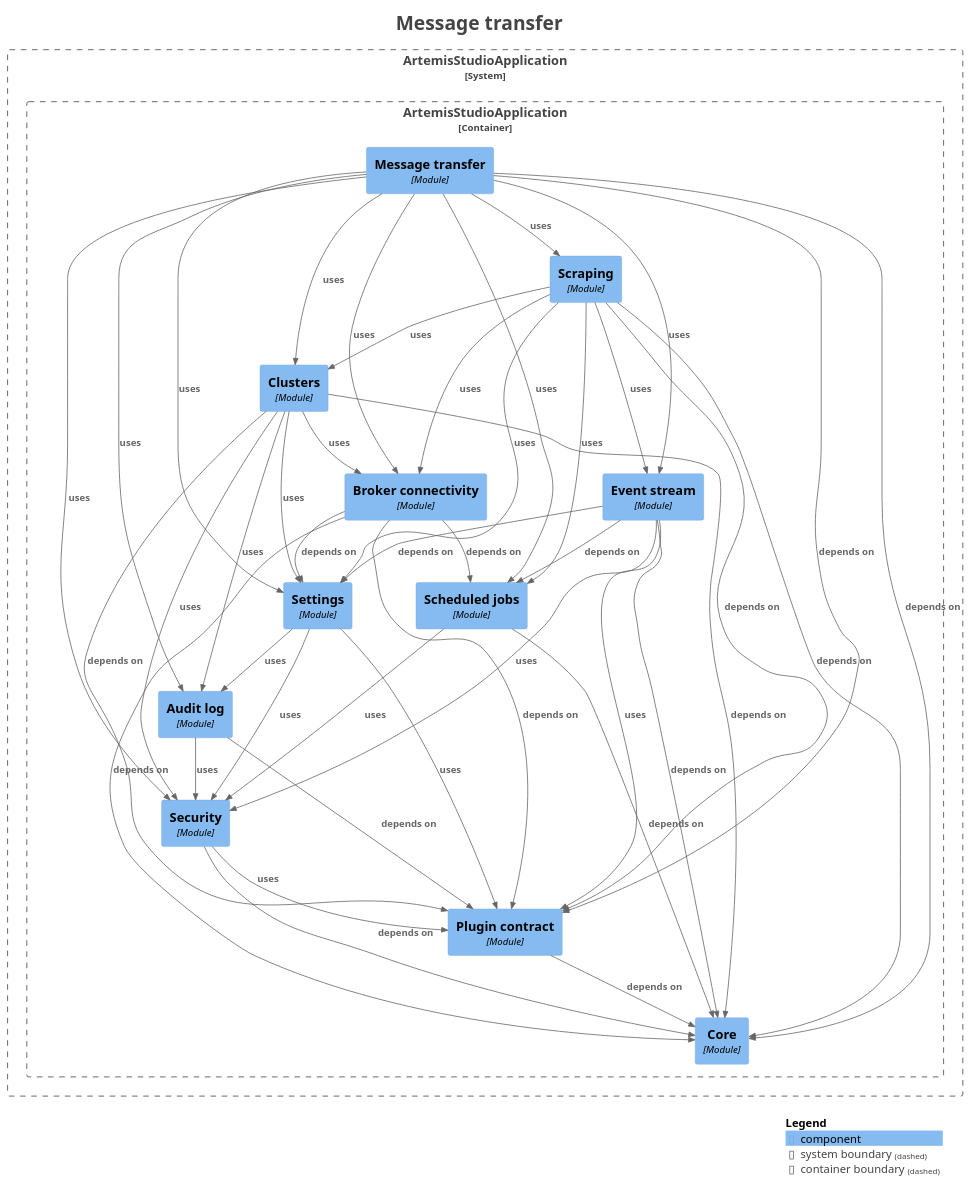
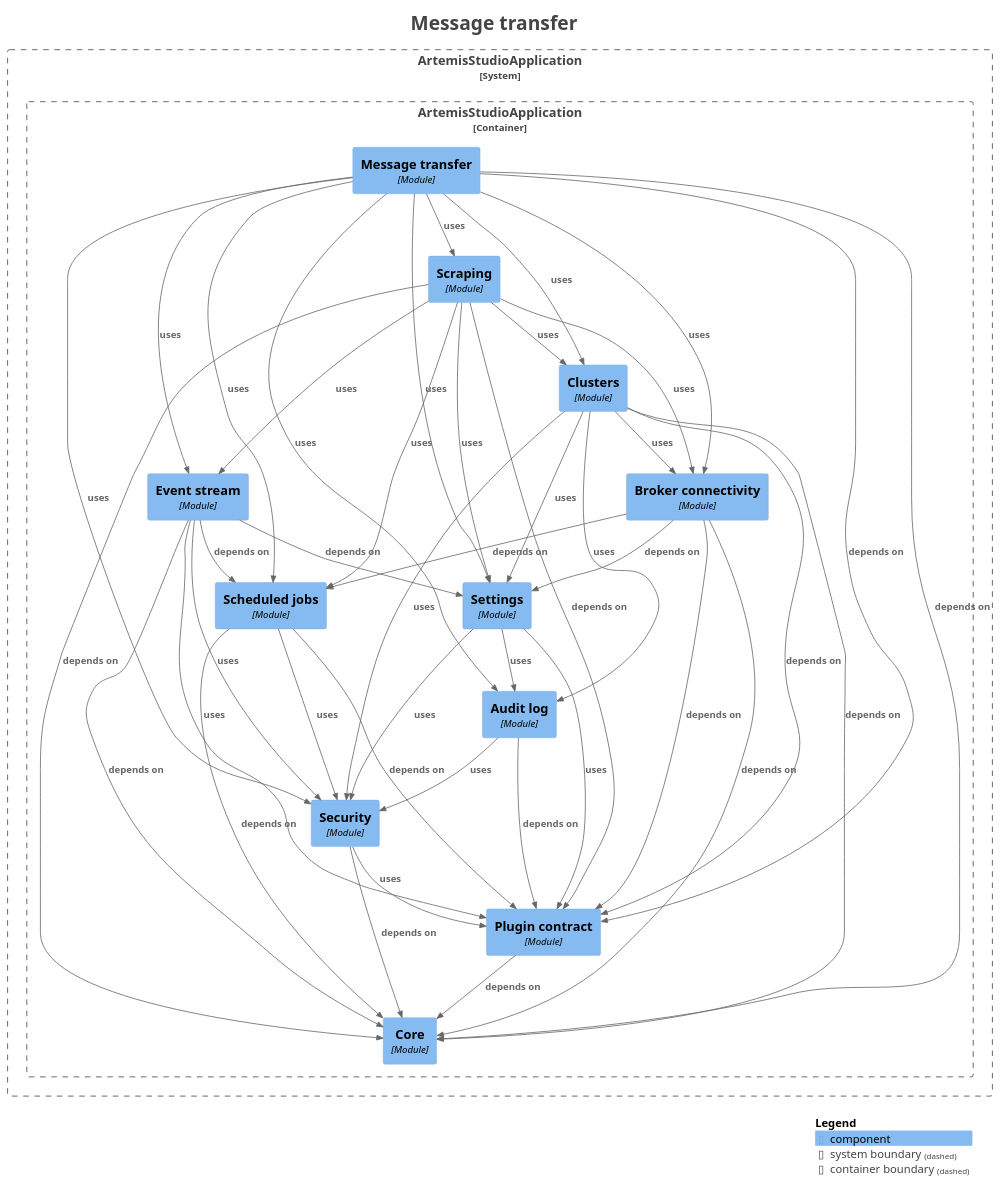
The diagram in docs/modules/module-feature.transfer.puml (sudoitir/artemis-studio), drawn with PlantUML before and after one commit. The commit also changed 71 other files, not shown here.

```diff
--- a/docs/modules/module-feature.transfer.puml
+++ b/docs/modules/module-feature.transfer.puml
@@ -1,80 +1,81 @@
 @startuml
 title <size:24>Message transfer</size>
 
 set separator none
 top to bottom direction
 
 <style>
   root {
     BackgroundColor: #ffffff
     FontColor: #444444
   }
 </style>
 
 !include <C4/C4>
 !include <C4/C4_Context>
 !include <C4/C4_Component>
 
 System_Boundary("ArtemisStudioApplication_boundary", "ArtemisStudioApplication", $tags="") {
   Container_Boundary("ArtemisStudioApplication.ArtemisStudioApplication_boundary", "ArtemisStudioApplication", $tags="") {
     Component(ArtemisStudioApplication.ArtemisStudioApplication.Settings, "Settings", $techn="Module", $descr="", $tags="", $link="")
     Component(ArtemisStudioApplication.ArtemisStudioApplication.Eventstream, "Event stream", $techn="Module", $descr="", $tags="", $link="")
     Component(ArtemisStudioApplication.ArtemisStudioApplication.Brokerconnectivity, "Broker connectivity", $techn="Module", $descr="", $tags="", $link="")
     Component(ArtemisStudioApplication.ArtemisStudioApplication.Clusters, "Clusters", $techn="Module", $descr="", $tags="", $link="")
     Component(ArtemisStudioApplication.ArtemisStudioApplication.Scraping, "Scraping", $techn="Module", $descr="", $tags="", $link="")
     Component(ArtemisStudioApplication.ArtemisStudioApplication.Messagetransfer, "Message transfer", $techn="Module", $descr="", $tags="", $link="")
     Component(ArtemisStudioApplication.ArtemisStudioApplication.Core, "Core", $techn="Module", $descr="", $tags="", $link="")
     Component(ArtemisStudioApplication.ArtemisStudioApplication.Plugincontract, "Plugin contract", $techn="Module", $descr="", $tags="", $link="")
     Component(ArtemisStudioApplication.ArtemisStudioApplication.Security, "Security", $techn="Module", $descr="", $tags="", $link="")
     Component(ArtemisStudioApplication.ArtemisStudioApplication.Auditlog, "Audit log", $techn="Module", $descr="", $tags="", $link="")
     Component(ArtemisStudioApplication.ArtemisStudioApplication.Scheduledjobs, "Scheduled jobs", $techn="Module", $descr="", $tags="", $link="")
   }
 
 }
 
 Rel(ArtemisStudioApplication.ArtemisStudioApplication.Auditlog, ArtemisStudioApplication.ArtemisStudioApplication.Plugincontract, "depends on", $techn="", $tags="", $link="")
 Rel(ArtemisStudioApplication.ArtemisStudioApplication.Auditlog, ArtemisStudioApplication.ArtemisStudioApplication.Security, "uses", $techn="", $tags="", $link="")
 Rel(ArtemisStudioApplication.ArtemisStudioApplication.Brokerconnectivity, ArtemisStudioApplication.ArtemisStudioApplication.Core, "depends on", $techn="", $tags="", $link="")
 Rel(ArtemisStudioApplication.ArtemisStudioApplication.Brokerconnectivity, ArtemisStudioApplication.ArtemisStudioApplication.Plugincontract, "depends on", $techn="", $tags="", $link="")
 Rel(ArtemisStudioApplication.ArtemisStudioApplication.Brokerconnectivity, ArtemisStudioApplication.ArtemisStudioApplication.Scheduledjobs, "depends on", $techn="", $tags="", $link="")
 Rel(ArtemisStudioApplication.ArtemisStudioApplication.Brokerconnectivity, ArtemisStudioApplication.ArtemisStudioApplication.Settings, "depends on", $techn="", $tags="", $link="")
 Rel(ArtemisStudioApplication.ArtemisStudioApplication.Clusters, ArtemisStudioApplication.ArtemisStudioApplication.Auditlog, "uses", $techn="", $tags="", $link="")
 Rel(ArtemisStudioApplication.ArtemisStudioApplication.Clusters, ArtemisStudioApplication.ArtemisStudioApplication.Brokerconnectivity, "uses", $techn="", $tags="", $link="")
 Rel(ArtemisStudioApplication.ArtemisStudioApplication.Clusters, ArtemisStudioApplication.ArtemisStudioApplication.Core, "depends on", $techn="", $tags="", $link="")
 Rel(ArtemisStudioApplication.ArtemisStudioApplication.Clusters, ArtemisStudioApplication.ArtemisStudioApplication.Plugincontract, "depends on", $techn="", $tags="", $link="")
 Rel(ArtemisStudioApplication.ArtemisStudioApplication.Clusters, ArtemisStudioApplication.ArtemisStudioApplication.Security, "uses", $techn="", $tags="", $link="")
 Rel(ArtemisStudioApplication.ArtemisStudioApplication.Clusters, ArtemisStudioApplication.ArtemisStudioApplication.Settings, "uses", $techn="", $tags="", $link="")
 Rel(ArtemisStudioApplication.ArtemisStudioApplication.Eventstream, ArtemisStudioApplication.ArtemisStudioApplication.Core, "depends on", $techn="", $tags="", $link="")
 Rel(ArtemisStudioApplication.ArtemisStudioApplication.Eventstream, ArtemisStudioApplication.ArtemisStudioApplication.Plugincontract, "uses", $techn="", $tags="", $link="")
 Rel(ArtemisStudioApplication.ArtemisStudioApplication.Eventstream, ArtemisStudioApplication.ArtemisStudioApplication.Scheduledjobs, "depends on", $techn="", $tags="", $link="")
 Rel(ArtemisStudioApplication.ArtemisStudioApplication.Eventstream, ArtemisStudioApplication.ArtemisStudioApplication.Security, "uses", $techn="", $tags="", $link="")
 Rel(ArtemisStudioApplication.ArtemisStudioApplication.Eventstream, ArtemisStudioApplication.ArtemisStudioApplication.Settings, "depends on", $techn="", $tags="", $link="")
 Rel(ArtemisStudioApplication.ArtemisStudioApplication.Messagetransfer, ArtemisStudioApplication.ArtemisStudioApplication.Auditlog, "uses", $techn="", $tags="", $link="")
 Rel(ArtemisStudioApplication.ArtemisStudioApplication.Messagetransfer, ArtemisStudioApplication.ArtemisStudioApplication.Brokerconnectivity, "uses", $techn="", $tags="", $link="")
 Rel(ArtemisStudioApplication.ArtemisStudioApplication.Messagetransfer, ArtemisStudioApplication.ArtemisStudioApplication.Clusters, "uses", $techn="", $tags="", $link="")
 Rel(ArtemisStudioApplication.ArtemisStudioApplication.Messagetransfer, ArtemisStudioApplication.ArtemisStudioApplication.Core, "depends on", $techn="", $tags="", $link="")
 Rel(ArtemisStudioApplication.ArtemisStudioApplication.Messagetransfer, ArtemisStudioApplication.ArtemisStudioApplication.Eventstream, "uses", $techn="", $tags="", $link="")
 Rel(ArtemisStudioApplication.ArtemisStudioApplication.Messagetransfer, ArtemisStudioApplication.ArtemisStudioApplication.Plugincontract, "depends on", $techn="", $tags="", $link="")
 Rel(ArtemisStudioApplication.ArtemisStudioApplication.Messagetransfer, ArtemisStudioApplication.ArtemisStudioApplication.Scheduledjobs, "uses", $techn="", $tags="", $link="")
 Rel(ArtemisStudioApplication.ArtemisStudioApplication.Messagetransfer, ArtemisStudioApplication.ArtemisStudioApplication.Scraping, "uses", $techn="", $tags="", $link="")
 Rel(ArtemisStudioApplication.ArtemisStudioApplication.Messagetransfer, ArtemisStudioApplication.ArtemisStudioApplication.Security, "uses", $techn="", $tags="", $link="")
 Rel(ArtemisStudioApplication.ArtemisStudioApplication.Messagetransfer, ArtemisStudioApplication.ArtemisStudioApplication.Settings, "uses", $techn="", $tags="", $link="")
 Rel(ArtemisStudioApplication.ArtemisStudioApplication.Plugincontract, ArtemisStudioApplication.ArtemisStudioApplication.Core, "depends on", $techn="", $tags="", $link="")
 Rel(ArtemisStudioApplication.ArtemisStudioApplication.Scheduledjobs, ArtemisStudioApplication.ArtemisStudioApplication.Core, "depends on", $techn="", $tags="", $link="")
+Rel(ArtemisStudioApplication.ArtemisStudioApplication.Scheduledjobs, ArtemisStudioApplication.ArtemisStudioApplication.Plugincontract, "depends on", $techn="", $tags="", $link="")
 Rel(ArtemisStudioApplication.ArtemisStudioApplication.Scheduledjobs, ArtemisStudioApplication.ArtemisStudioApplication.Security, "uses", $techn="", $tags="", $link="")
 Rel(ArtemisStudioApplication.ArtemisStudioApplication.Scraping, ArtemisStudioApplication.ArtemisStudioApplication.Brokerconnectivity, "uses", $techn="", $tags="", $link="")
 Rel(ArtemisStudioApplication.ArtemisStudioApplication.Scraping, ArtemisStudioApplication.ArtemisStudioApplication.Clusters, "uses", $techn="", $tags="", $link="")
 Rel(ArtemisStudioApplication.ArtemisStudioApplication.Scraping, ArtemisStudioApplication.ArtemisStudioApplication.Core, "depends on", $techn="", $tags="", $link="")
 Rel(ArtemisStudioApplication.ArtemisStudioApplication.Scraping, ArtemisStudioApplication.ArtemisStudioApplication.Eventstream, "uses", $techn="", $tags="", $link="")
 Rel(ArtemisStudioApplication.ArtemisStudioApplication.Scraping, ArtemisStudioApplication.ArtemisStudioApplication.Plugincontract, "depends on", $techn="", $tags="", $link="")
 Rel(ArtemisStudioApplication.ArtemisStudioApplication.Scraping, ArtemisStudioApplication.ArtemisStudioApplication.Scheduledjobs, "uses", $techn="", $tags="", $link="")
 Rel(ArtemisStudioApplication.ArtemisStudioApplication.Scraping, ArtemisStudioApplication.ArtemisStudioApplication.Settings, "uses", $techn="", $tags="", $link="")
 Rel(ArtemisStudioApplication.ArtemisStudioApplication.Security, ArtemisStudioApplication.ArtemisStudioApplication.Core, "depends on", $techn="", $tags="", $link="")
 Rel(ArtemisStudioApplication.ArtemisStudioApplication.Security, ArtemisStudioApplication.ArtemisStudioApplication.Plugincontract, "uses", $techn="", $tags="", $link="")
 Rel(ArtemisStudioApplication.ArtemisStudioApplication.Settings, ArtemisStudioApplication.ArtemisStudioApplication.Auditlog, "uses", $techn="", $tags="", $link="")
 Rel(ArtemisStudioApplication.ArtemisStudioApplication.Settings, ArtemisStudioApplication.ArtemisStudioApplication.Plugincontract, "uses", $techn="", $tags="", $link="")
 Rel(ArtemisStudioApplication.ArtemisStudioApplication.Settings, ArtemisStudioApplication.ArtemisStudioApplication.Security, "uses", $techn="", $tags="", $link="")
 
 SHOW_LEGEND(true)
 hide stereotypes
 @enduml
```
